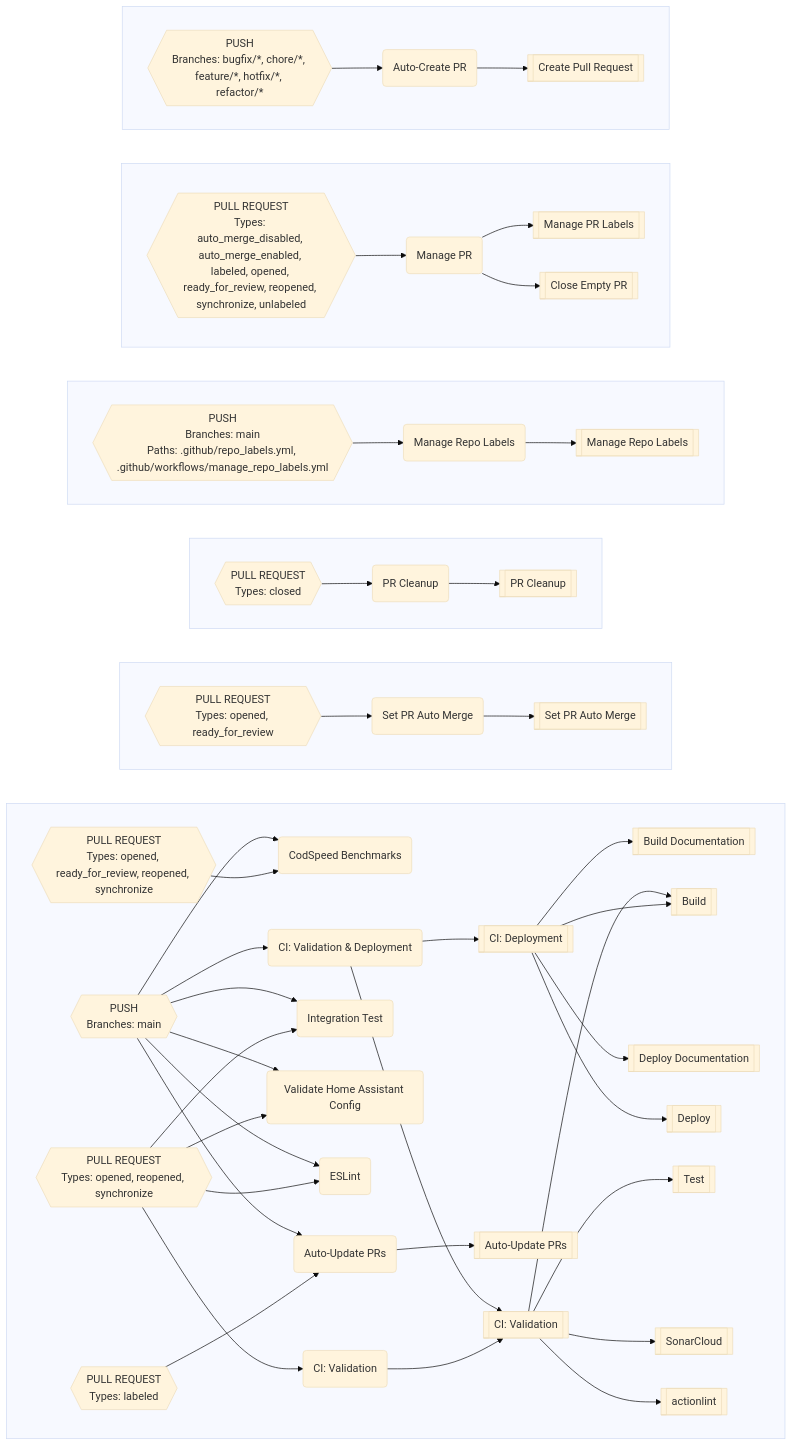
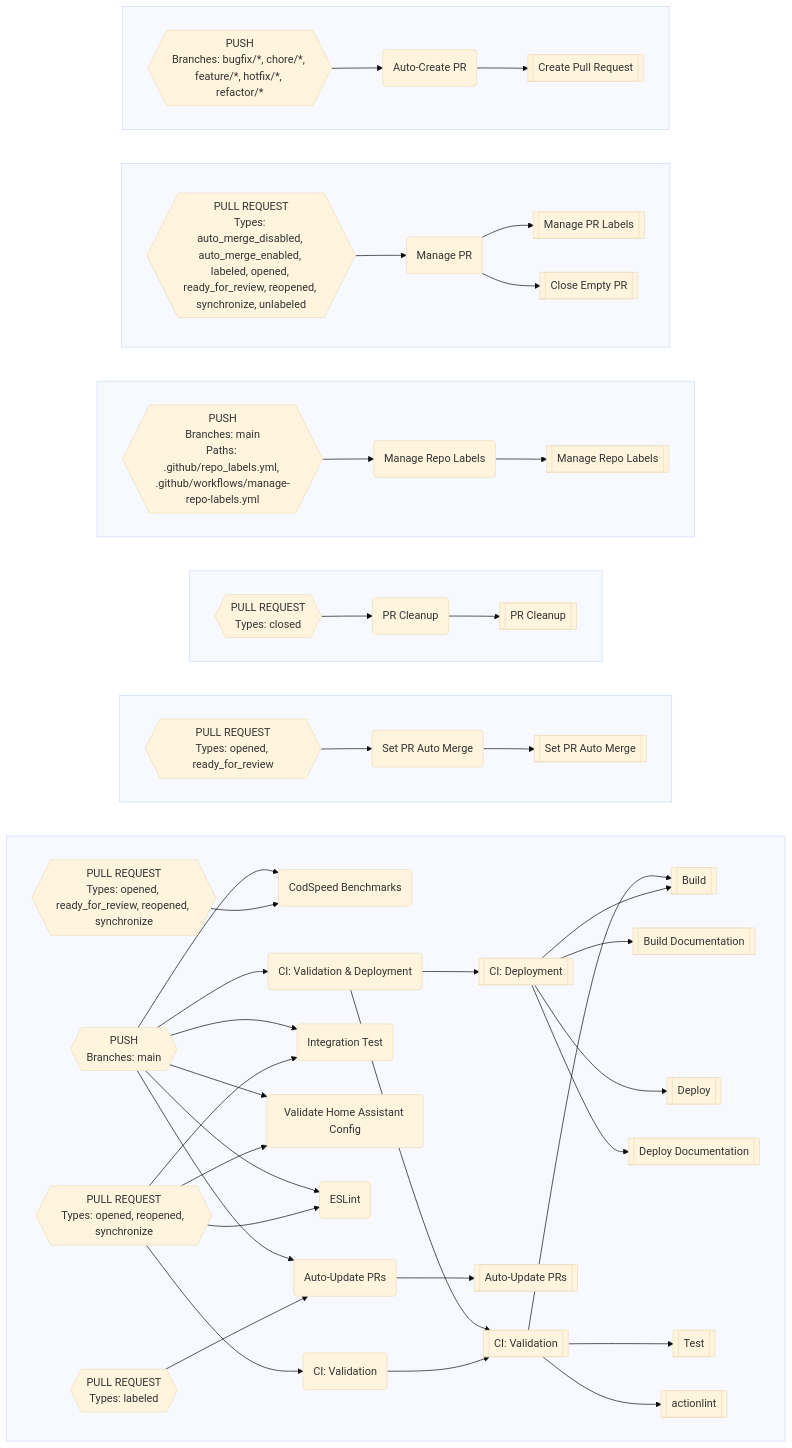
Before and after one commit to worgarside/github-config-files: the diagram in README.md, drawn with Mermaid (base theme). The commit also changed other lines of this file and 39 other files, not shown here.

````diff
--- a/README.md
+++ b/README.md
@@ -375,112 +375,110 @@
 ```mermaid
 flowchart LR
-subgraph DR[" "]
+subgraph DZ[" "]
 direction LR
+DV-->DU
+DQ-->V
+DS-->DQ
+DS-->DH
+DS-->DB
+DS-->CX
+CN-->CM
+CM-->BA
+DN-->DU
 DN-->DM
-DI-->V
-DK-->DI
-DK-->CZ
-DK-->CT
-DK-->CP
-CF-->CE
-CE-->BB
-DF-->DM
-DF-->DE
-DF-->CZ
-DF-->CT
-DF-->CP
-DF-->CE
-DE-->V
-DE-->M
+DN-->DH
+DN-->DB
+DN-->CX
+DN-->CM
+DM-->V
+DM-->M
 M-->I
 M-->E
-M-->AQ
-M-->AK
-V-->E
-V-->BO
-V-->BL
+M-->AN
+M-->AJ
+V-->I
+V-->BT
 V-->A
 end
-subgraph DS[" "]
+subgraph EA[" "]
 direction LR
-CM-->CL
-CL-->BI
+CU-->CT
+CT-->BQ
 end
-subgraph DT[" "]
+subgraph EB[" "]
+direction LR
+CR-->CQ
+CQ-->BD
+end
+subgraph EC[" "]
 direction LR
 CJ-->CI
-CI-->BE
+CI-->AX
 end
-subgraph DU[" "]
+subgraph ED[" "]
 direction LR
-CB-->CA
-CA-->AY
+CE-->CD
+CD-->AT
+CD-->AB
 end
-subgraph DV[" "]
+subgraph EE[" "]
 direction LR
-BW-->BV
-BV-->AU
-BV-->AC
+CA-->BZ
+BZ-->AF
 end
-subgraph DW[" "]
-direction LR
-BS-->BR
-BR-->AG
-end
-AC[["Close Empty PR"]]
-AG[["Create Pull Request"]]
-AK[["Deploy"]]
-AQ[["Deploy Documentation"]]
-AU[["Manage PR Labels"]]
-AY[["Manage Repo Labels"]]
+AB[["Close Empty PR"]]
+AF[["Create Pull Request"]]
+AJ[["Deploy Documentation"]]
+AN[["Deploy"]]
+AT[["Manage PR Labels"]]
+AX[["Manage Repo Labels"]]
 A[["actionlint"]]
-BB[["Auto-Update PRs"]]
-BE[["PR Cleanup"]]
-BI[["Set PR Auto Merge"]]
-BL[["SonarCloud"]]
-BO[["Test"]]
-BR("Auto-Create PR")
-BS{{"PUSH
+BA[["Auto-Update PRs"]]
+BD[["PR Cleanup"]]
+BQ[["Set PR Auto Merge"]]
+BT[["Test"]]
+BZ("Auto-Create PR")
+CA{{"PUSH
 Branches: bugfix/*, chore/*, feature/*, hotfix/*, refactor/*
 "}}
-BV("Manage PR")
-BW{{"PULL REQUEST
+CD("Manage PR")
+CE{{"PULL REQUEST
 Types: auto_merge_disabled, auto_merge_enabled, labeled, opened, ready_for_review, reopened, synchronize, unlabeled
 "}}
-CA("Manage Repo Labels")
-CB{{"PUSH
+CI("Manage Repo Labels")
+CJ{{"PUSH
 Branches: main
-Paths: .github/repo_labels.yml, .github/workflows/manage_repo_labels.yml
+Paths: .github/repo_labels.yml, .github/workflows/manage-repo-labels.yml
 "}}
-CE("Auto-Update PRs")
-CF{{"PULL REQUEST
+CM("Auto-Update PRs")
+CN{{"PULL REQUEST
 Types: labeled
 "}}
-CI("PR Cleanup")
-CJ{{"PULL REQUEST
+CQ("PR Cleanup")
+CR{{"PULL REQUEST
 Types: closed
 "}}
-CL("Set PR Auto Merge")
-CM{{"PULL REQUEST
+CT("Set PR Auto Merge")
+CU{{"PULL REQUEST
 Types: opened, ready_for_review
 "}}
-CP("ESLint")
-CT("Validate Home Assistant Config")
-CZ("Integration Test")
-DE("CI: Validation & Deployment")
-DF{{"PUSH
+CX("ESLint")
+DB("Validate Home Assistant Config")
+DH("Integration Test")
+DM("CI: Validation & Deployment")
+DN{{"PUSH
 Branches: main
 "}}
-DI("CI: Validation")
-DK{{"PULL REQUEST
+DQ("CI: Validation")
+DS{{"PULL REQUEST
 Types: opened, reopened, synchronize
 "}}
-DM("CodSpeed Benchmarks")
-DN{{"PULL REQUEST
+DU("CodSpeed Benchmarks")
+DV{{"PULL REQUEST
 Types: opened, ready_for_review, reopened, synchronize
 "}}
-E[["Build"]]
-I[["Build Documentation"]]
+E[["Build Documentation"]]
+I[["Build"]]
 M[["CI: Deployment"]]
 V[["CI: Validation"]]
 ```
````
